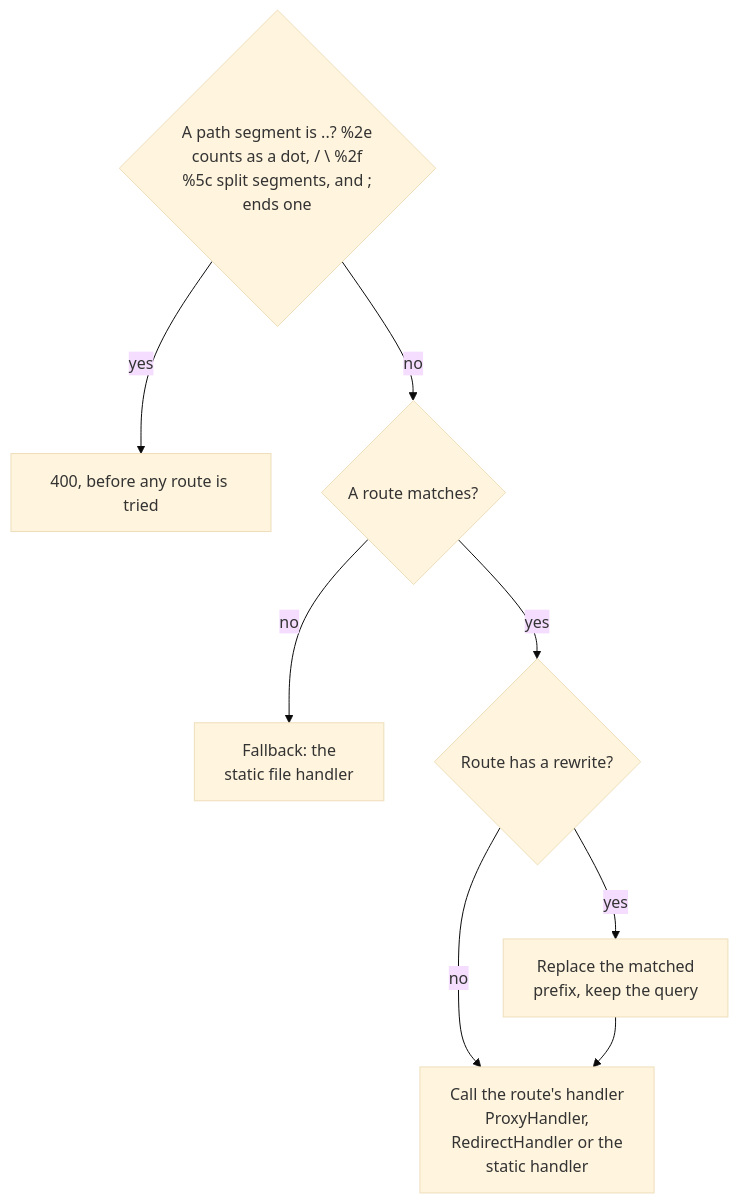
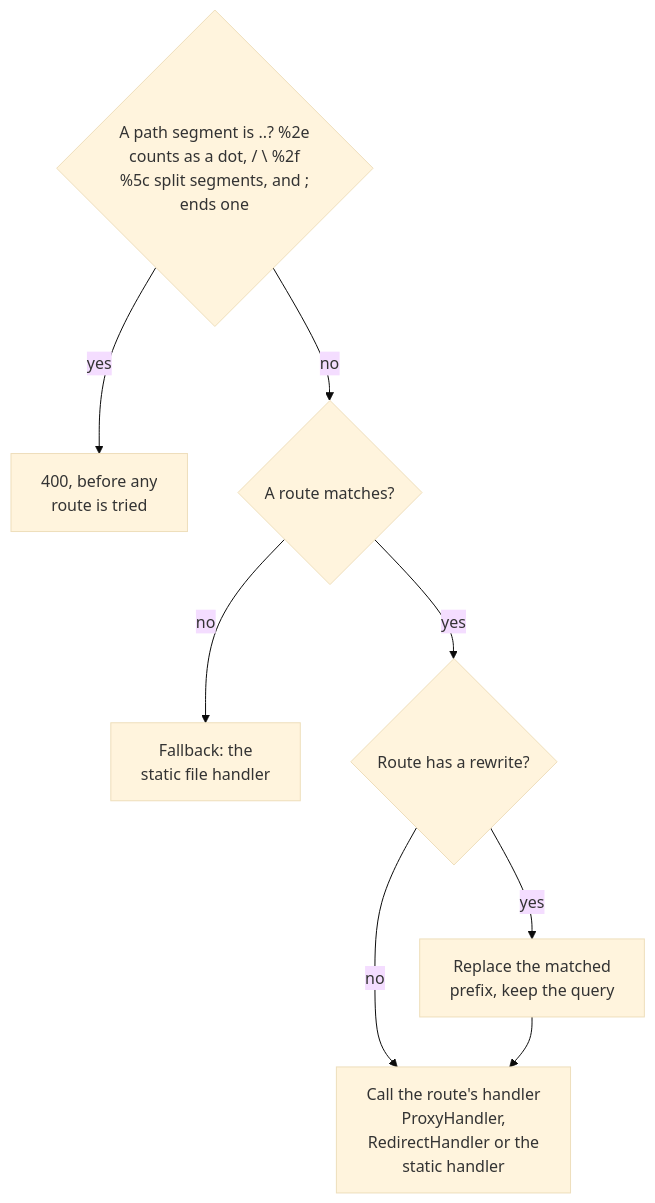
The second of 6 diagrams in docs/design/proxy-routing.md (BlivionIaG/sjws_nettask), drawn with Mermaid (base theme) before and after one commit. The commit also changed other lines of this file and 19 other files, not shown here.

First line of the commit message:
docs: fix the diagrams the fact-check found imprecise

````diff
--- a/docs/design/proxy-routing.md
+++ b/docs/design/proxy-routing.md
@@ -61,10 +61,10 @@
 ```mermaid
 flowchart TD
-    dd{"A path segment is ..? %2e<br/>counts as a dot, / \ %2f<br/>%5c split segments, and ;<br/>ends one"} -->|yes| e400["400, before any route is tried"]
+    dd{"A path segment is ..? %2e<br/>counts as a dot, / \ %2f<br/>%5c split segments, and ;<br/>ends one"} -->|yes| e400["400, before any<br/>route is tried"]
     dd -->|no| m{"A route matches?"}
     m -->|no| fb["Fallback: the<br/>static file handler"]
     m -->|yes| rw{"Route has a rewrite?"}
     rw -->|yes| rq["Replace the matched<br/>prefix, keep the query"]
     rw -->|no| act
     rq --> act["Call the route's handler<br/>ProxyHandler,<br/>RedirectHandler or the<br/>static handler"]
 ```
````
